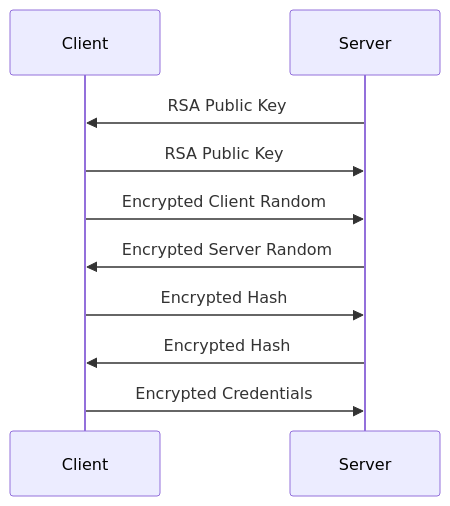
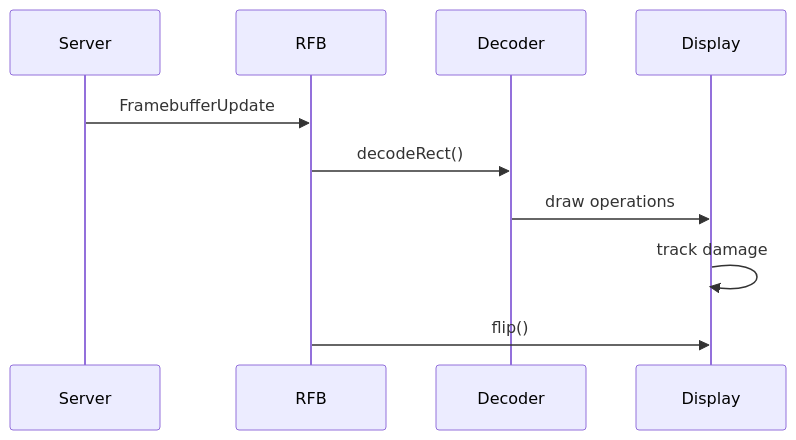
One commit to Ylianst/MeshCentral changed the sixth of 6 diagrams in docs/reference/architecture/rfb-and-display/rfb-and-display.md. Above: the diagram before and after it, drawn with Mermaid. The commit also changed other lines of this file and 642 other files, not shown here.

````diff
--- a/docs/reference/architecture/rfb-and-display/rfb-and-display.md
+++ b/docs/reference/architecture/rfb-and-display/rfb-and-display.md
@@ -271,13 +268,13 @@
 ```mermaid
 sequenceDiagram
-    participant Client
     participant Server
+    participant RFB
+    participant Decoder
+    participant Display
 
-    Server->>Client: RSA Public Key
-    Client->>Server: RSA Public Key
-    Client->>Server: Encrypted Client Random
-    Server->>Client: Encrypted Server Random
-    Client->>Server: Encrypted Hash
-    Server->>Client: Encrypted Hash
-    Client->>Server: Encrypted Credentials
+    Server->>RFB: FramebufferUpdate
+    RFB->>Decoder: decodeRect()
+    Decoder->>Display: draw operations
+    Display->>Display: track damage
+    RFB->>Display: flip()
 ```
````
